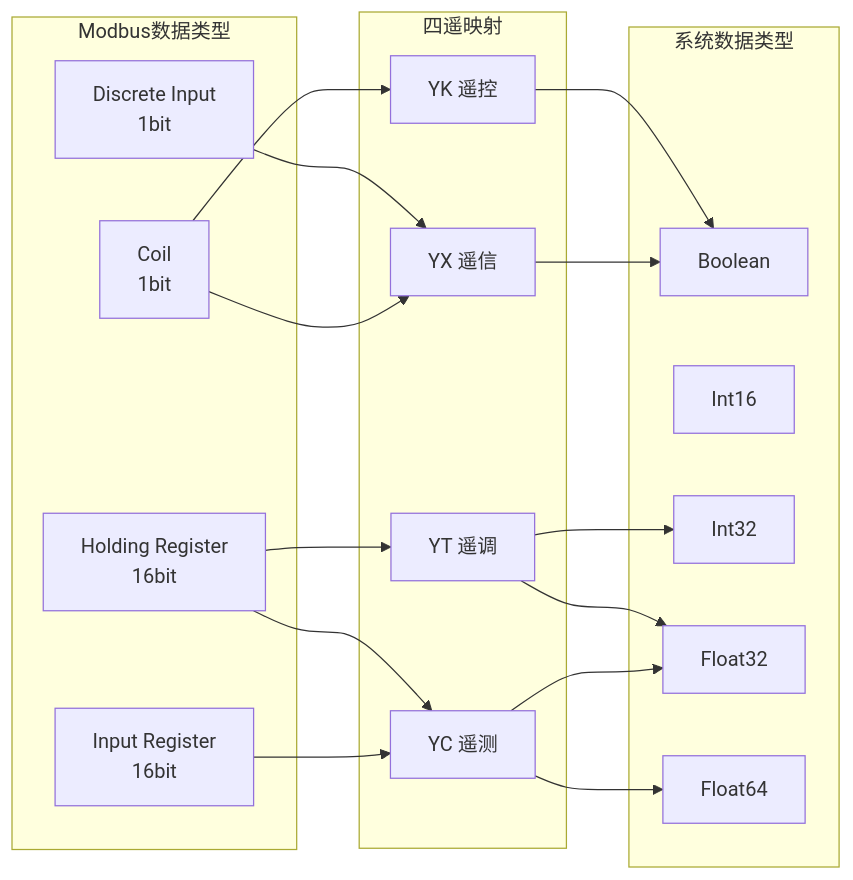
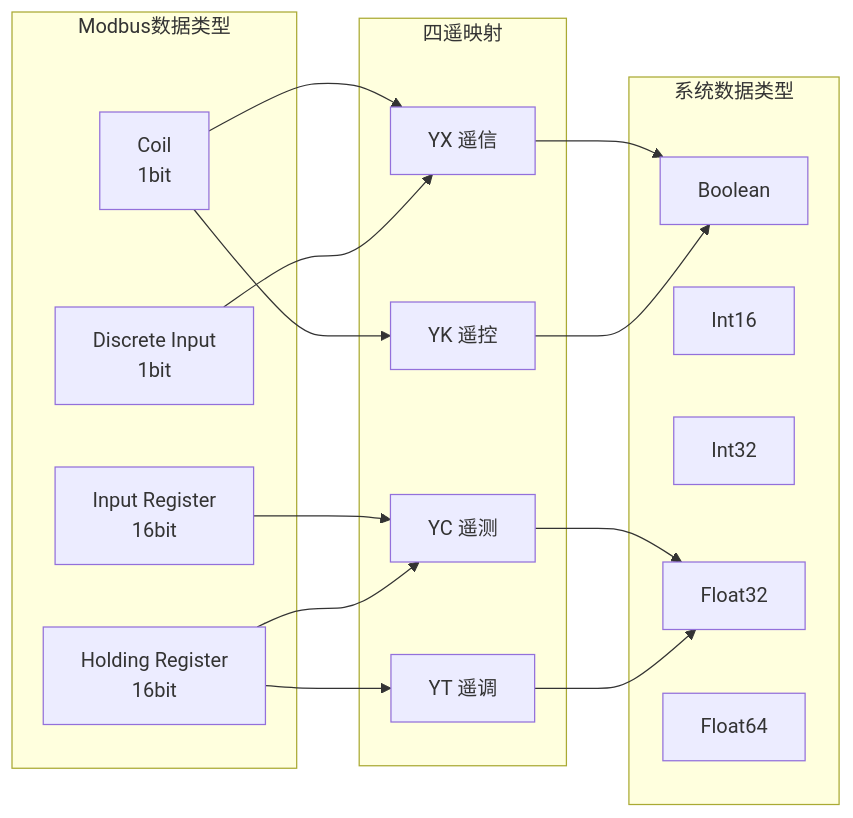
Before and after one commit to EvanL1/VoltageEMS: the eighth of 8 diagrams in docs/data-structures-and-apis.md, drawn with Mermaid. The commit also changed 22 other files, not shown here.

````diff
--- a/docs/data-structures-and-apis.md
+++ b/docs/data-structures-and-apis.md
@@ -262,38 +262,36 @@
 ```mermaid
 graph LR
     subgraph "Modbus数据类型"
         MB1[Coil<br/>1bit]
         MB2[Discrete Input<br/>1bit]
         MB3[Input Register<br/>16bit]
         MB4[Holding Register<br/>16bit]
     end
     
     subgraph "四遥映射"
         YX[YX 遥信]
         YK[YK 遥控]
         YC[YC 遥测]
         YT[YT 遥调]
     end
     
     subgraph "系统数据类型"
         Bool[Boolean]
         Int16[Int16]
         Int32[Int32]
         Float32[Float32]
         Float64[Float64]
     end
     
     MB1 --> YX
     MB1 --> YK
     MB2 --> YX
     MB3 --> YC
     MB4 --> YC
     MB4 --> YT
     
     YX --> Bool
     YK --> Bool
     YC --> Float32
-    YC --> Float64
     YT --> Float32
-    YT --> Int32
 ```
````
